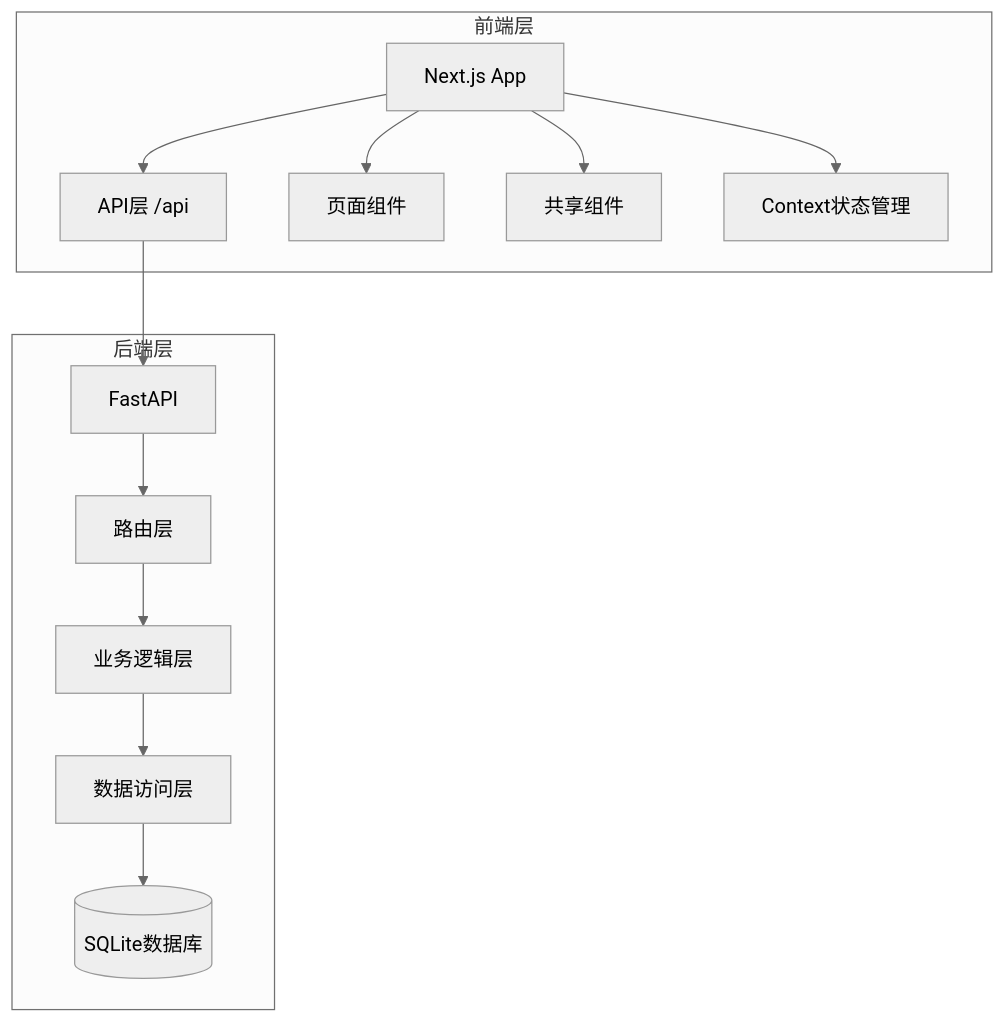
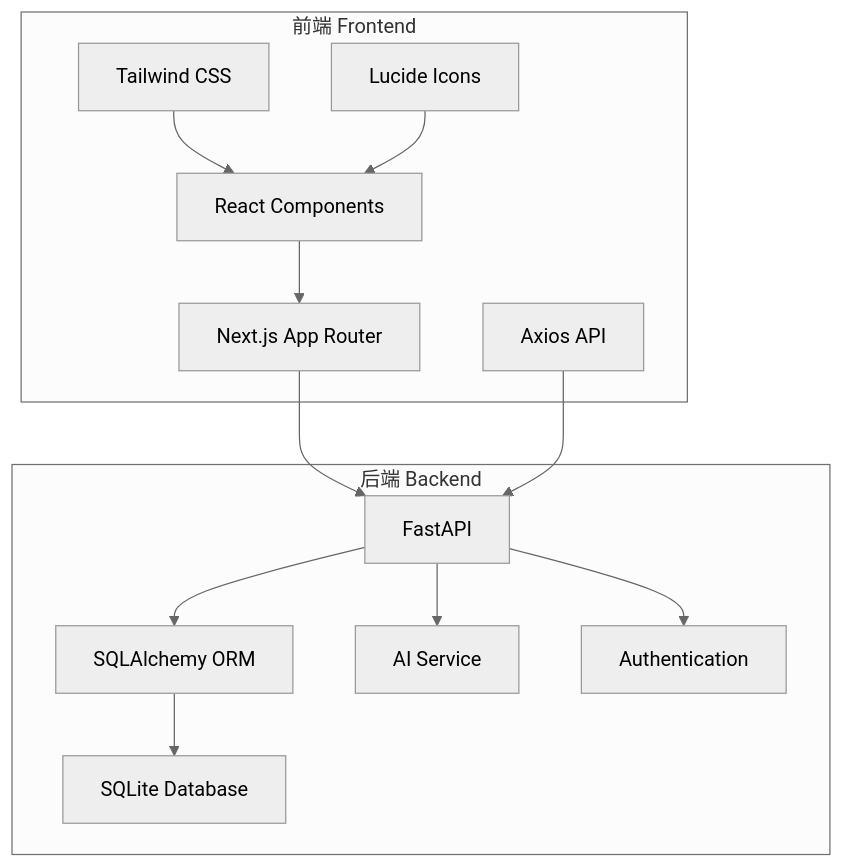
Before and after one commit to JoeyTwan/sales-os: the first of 3 diagrams in docs/ARCHITECTURE.md, drawn with Mermaid (neutral theme). The commit also changed other lines of this file, not shown here.

````diff
--- a/docs/ARCHITECTURE.md
+++ b/docs/ARCHITECTURE.md
@@ -23,18 +5,28 @@
 ```mermaid
-graph TB
-    subgraph 前端层
-        A[Next.js App] --> B[API层 /api]
-        A --> C[页面组件]
-        A --> D[共享组件]
-        A --> E[Context状态管理]
+graph TD
+    subgraph 前端 Frontend
+        A[Next.js App Router]
+        B[React Components]
+        C[Tailwind CSS]
+        D[Lucide Icons]
+        E[Axios API]
     end
 
-    subgraph 后端层
-        F[FastAPI] --> G[路由层]
-        G --> H[业务逻辑层]
-        H --> I[数据访问层]
-        I --> J[(SQLite数据库)]
+    subgraph 后端 Backend
+        F[FastAPI]
+        G[SQLAlchemy ORM]
+        H[SQLite Database]
+        I[AI Service]
+        J[Authentication]
     end
 
-    B --> F
+    A --> F
+    B --> A
+    C --> B
+    D --> B
+    E --> F
+    F --> G
+    G --> H
+    F --> I
+    F --> J
 ```
````
